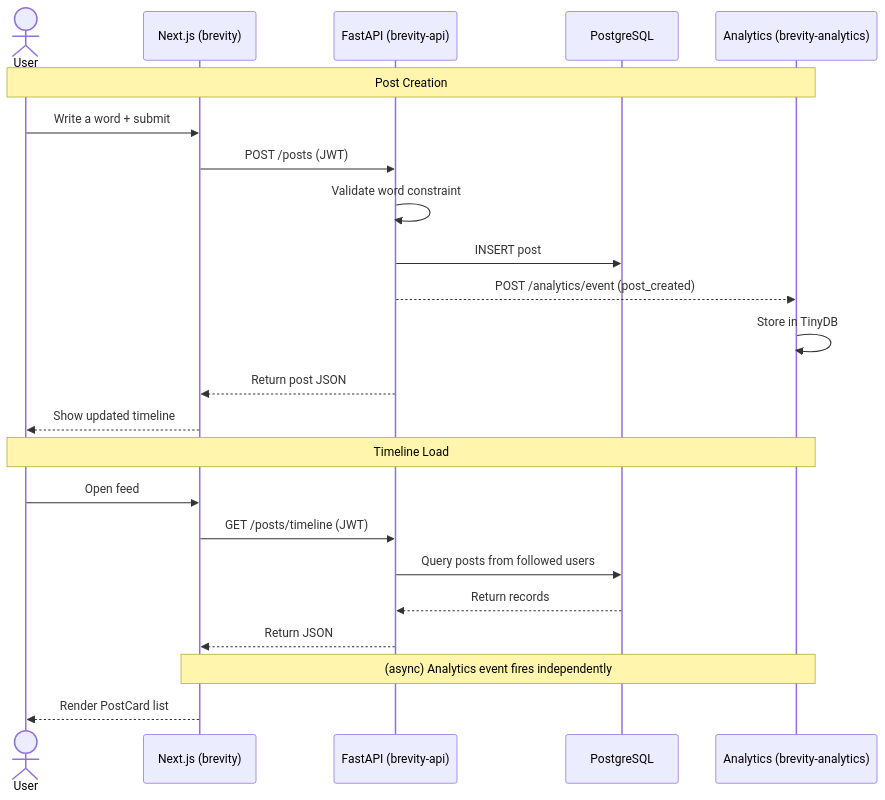
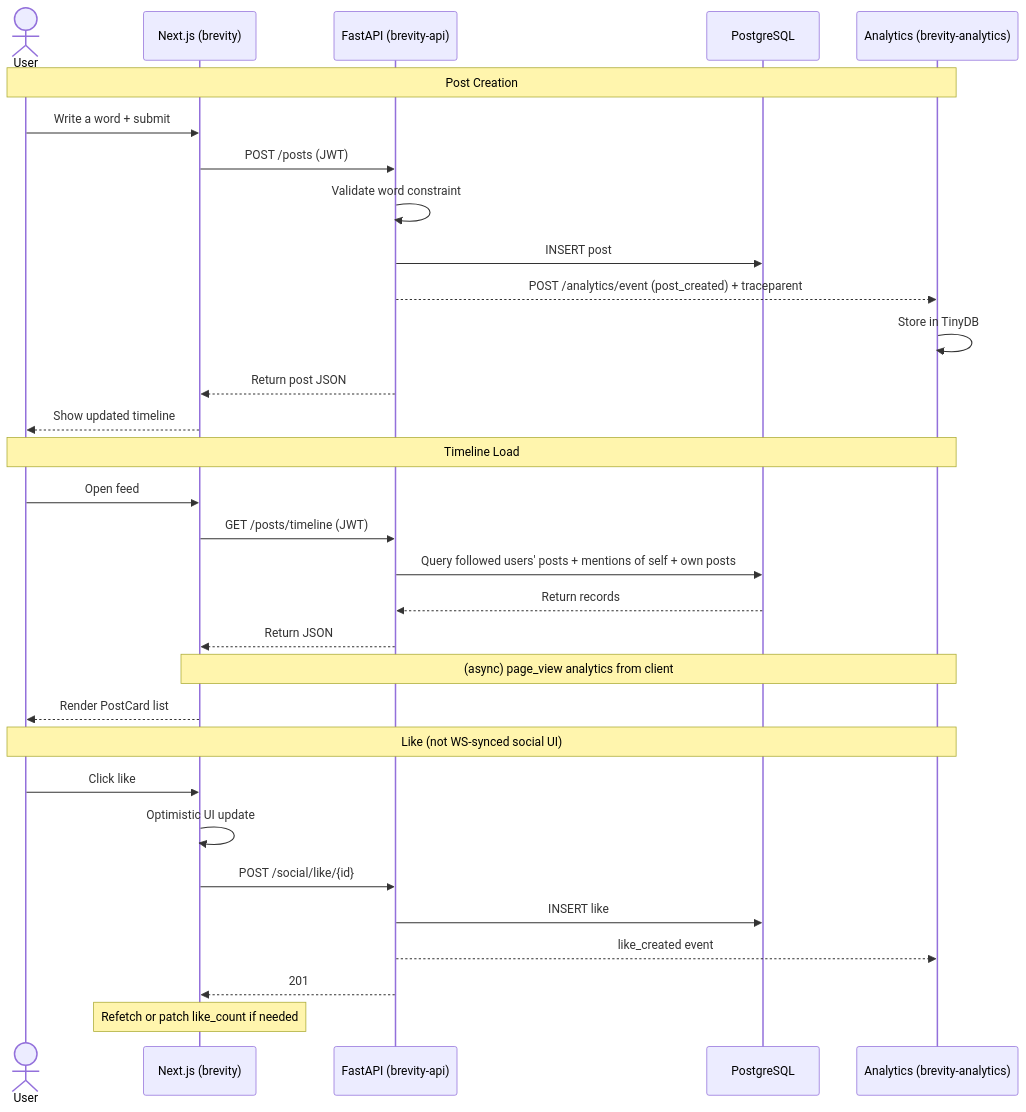
One commit to 4GeeksAcademy/ft-ai-2-frontend-dev changed the second of 2 diagrams in memory-bank/specs/architecture.md. Above: the diagram before and after it, drawn with Mermaid. The commit also changed other lines of this file and 71 other files, not shown here.

````diff
--- a/memory-bank/specs/architecture.md
+++ b/memory-bank/specs/architecture.md
@@ -124,27 +173,36 @@
 ```mermaid
 sequenceDiagram
     actor User
     participant Next as Next.js (brevity)
     participant API as FastAPI (brevity-api)
     participant DB as PostgreSQL
     participant Ana as Analytics (brevity-analytics)
 
     Note over User,Ana: Post Creation
     User->>Next: Write a word + submit
     Next->>API: POST /posts (JWT)
     API->>API: Validate word constraint
     API->>DB: INSERT post
-    API-->>Ana: POST /analytics/event (post_created)
+    API-->>Ana: POST /analytics/event (post_created) + traceparent
     Ana->>Ana: Store in TinyDB
     API-->>Next: Return post JSON
     Next-->>User: Show updated timeline
 
     Note over User,Ana: Timeline Load
     User->>Next: Open feed
     Next->>API: GET /posts/timeline (JWT)
-    API->>DB: Query posts from followed users
+    API->>DB: Query followed users' posts + mentions of self + own posts
     DB-->>API: Return records
     API-->>Next: Return JSON
-    Note over Next,Ana: (async) Analytics event fires independently
+    Note over Next,Ana: (async) page_view analytics from client
     Next-->>User: Render PostCard list
+
+    Note over User,Ana: Like (not WS-synced social UI)
+    User->>Next: Click like
+    Next->>Next: Optimistic UI update
+    Next->>API: POST /social/like/{id}
+    API->>DB: INSERT like
+    API-->>Ana: like_created event
+    API-->>Next: 201
+    Note over Next: Refetch or patch like_count if needed
 ```
````
